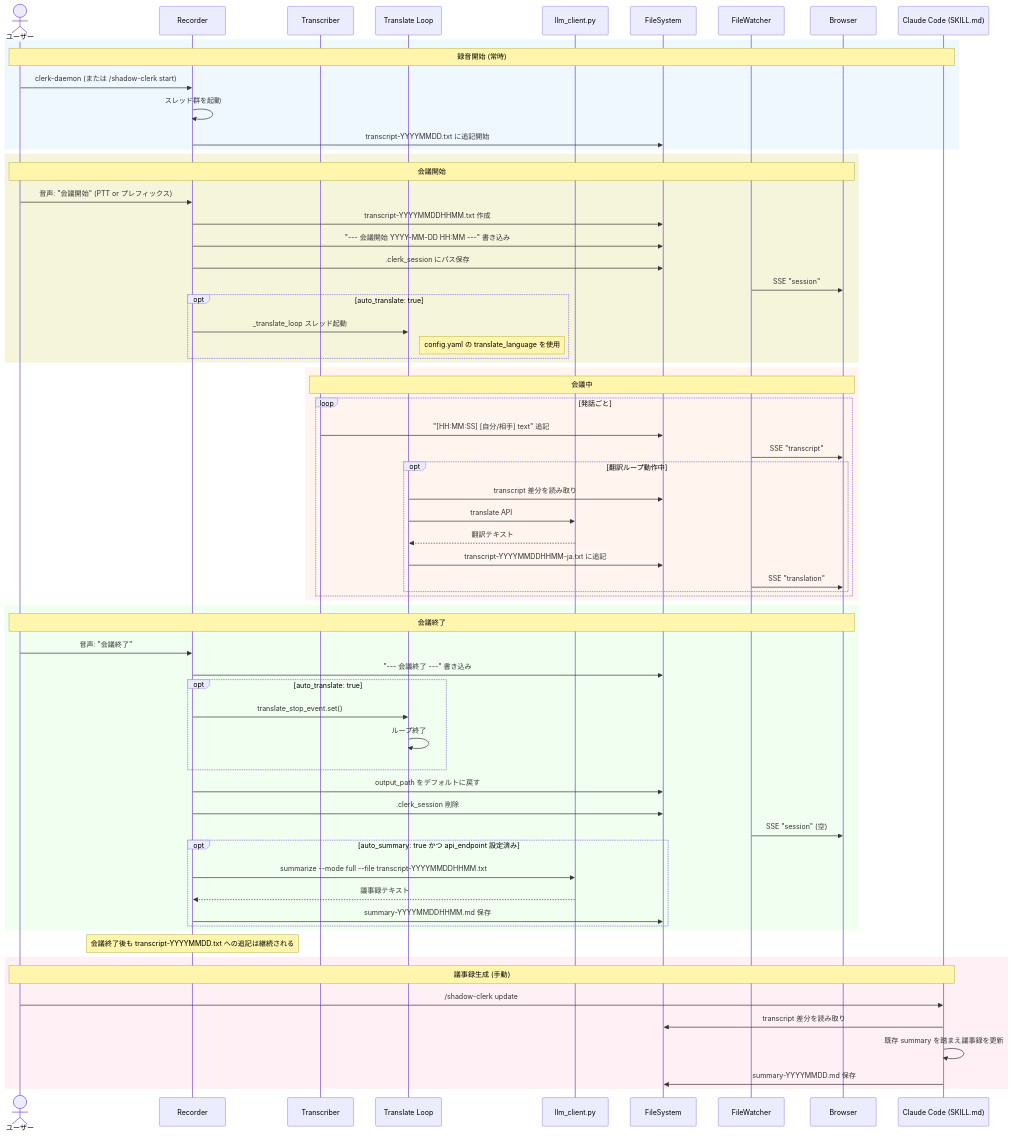
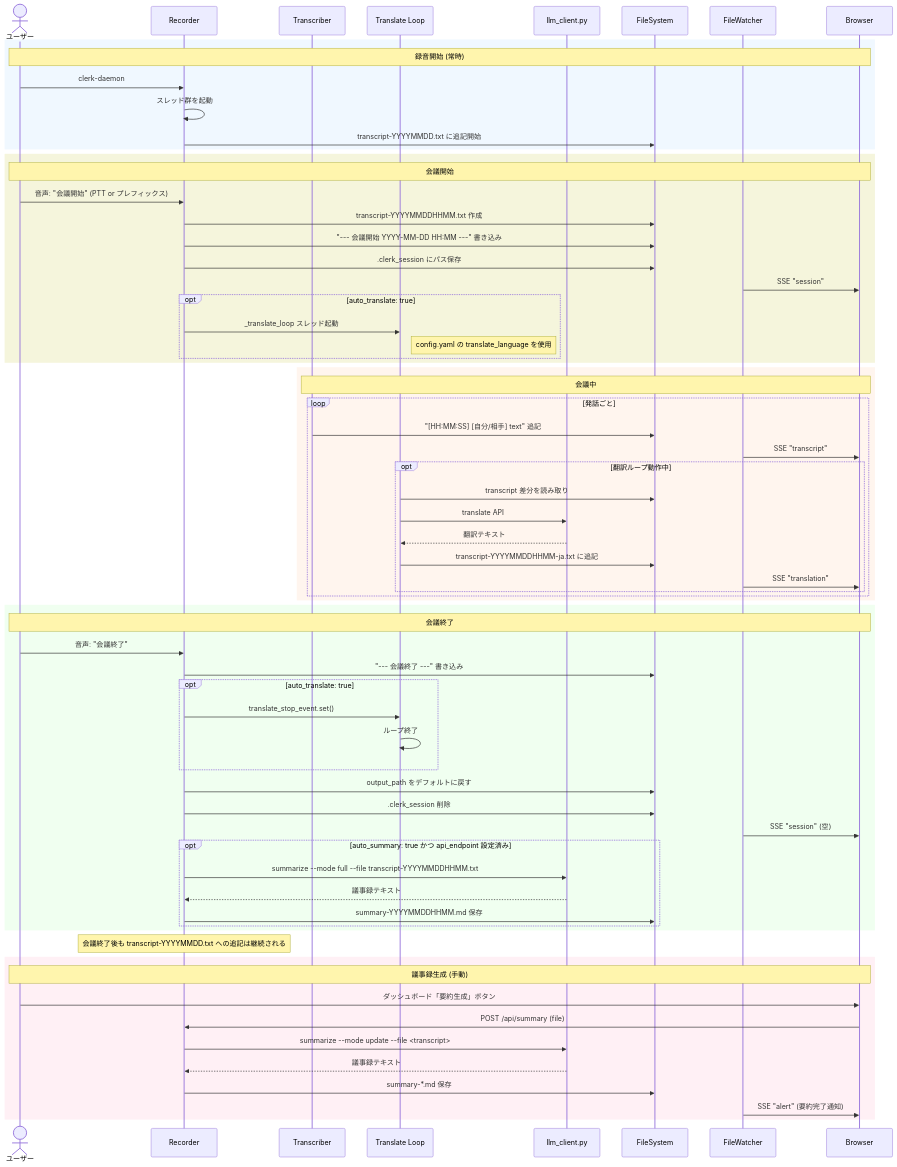
Before and after one commit to edocode/shadow-clerk: the sixth of 7 diagrams in SPEC.md, drawn with Mermaid. The commit also changed other lines of this file, not shown here.

First line of the commit message:
SPEC.md: drop SKILL.md module; describe llm_client provider matrix

````diff
--- a/SPEC.md
+++ b/SPEC.md
@@ -455,75 +436,76 @@
 ```mermaid
 sequenceDiagram
     actor User as ユーザー
     participant Rec as Recorder
     participant Trans as Transcriber
     participant TL as Translate Loop
     participant LLM as llm_client.py
     participant FS as FileSystem
     participant FW as FileWatcher
     participant B as Browser
-    participant Skill as Claude Code (SKILL.md)
 
     rect rgb(240, 248, 255)
-        Note over User, Skill: 録音開始 (常時)
-        User->>Rec: clerk-daemon (または /shadow-clerk start)
+        Note over User, B: 録音開始 (常時)
+        User->>Rec: clerk-daemon
         Rec->>Rec: スレッド群を起動
         Rec->>FS: transcript-YYYYMMDD.txt に追記開始
     end
 
     rect rgb(245, 245, 220)
         Note over User, B: 会議開始
         User->>Rec: 音声: "会議開始" (PTT or プレフィックス)
         Rec->>FS: transcript-YYYYMMDDHHMM.txt 作成
         Rec->>FS: "--- 会議開始 YYYY-MM-DD HH:MM ---" 書き込み
         Rec->>FS: .clerk_session にパス保存
         FW->>B: SSE "session"
         opt auto_translate: true
             Rec->>TL: _translate_loop スレッド起動
             Note right of TL: config.yaml の translate_language を使用
         end
     end
 
     rect rgb(255, 245, 238)
         Note over Trans, B: 会議中
         loop 発話ごと
             Trans->>FS: "[HH:MM:SS] [自分/相手] text" 追記
             FW->>B: SSE "transcript"
             opt 翻訳ループ動作中
                 TL->>FS: transcript 差分を読み取り
                 TL->>LLM: translate API
                 LLM-->>TL: 翻訳テキスト
                 TL->>FS: transcript-YYYYMMDDHHMM-ja.txt に追記
                 FW->>B: SSE "translation"
             end
         end
     end
 
     rect rgb(240, 255, 240)
         Note over User, B: 会議終了
         User->>Rec: 音声: "会議終了"
         Rec->>FS: "--- 会議終了 ---" 書き込み
         opt auto_translate: true
             Rec->>TL: translate_stop_event.set()
             TL->>TL: ループ終了
         end
         Rec->>FS: output_path をデフォルトに戻す
         Rec->>FS: .clerk_session 削除
         FW->>B: SSE "session" (空)
         opt auto_summary: true かつ api_endpoint 設定済み
             Rec->>LLM: summarize --mode full --file transcript-YYYYMMDDHHMM.txt
             LLM-->>Rec: 議事録テキスト
             Rec->>FS: summary-YYYYMMDDHHMM.md 保存
         end
     end
 
     Note over Rec: 会議終了後も transcript-YYYYMMDD.txt への追記は継続される
 
     rect rgb(255, 240, 245)
-        Note over User, Skill: 議事録生成 (手動)
-        User->>Skill: /shadow-clerk update
-        Skill->>FS: transcript 差分を読み取り
-        Skill->>Skill: 既存 summary を踏まえ議事録を更新
-        Skill->>FS: summary-YYYYMMDD.md 保存
+        Note over User, B: 議事録生成 (手動)
+        User->>B: ダッシュボード「要約生成」ボタン
+        B->>Rec: POST /api/summary (file)
+        Rec->>LLM: summarize --mode update --file <transcript>
+        LLM-->>Rec: 議事録テキスト
+        Rec->>FS: summary-*.md 保存
+        FW->>B: SSE "alert" (要約完了通知)
     end
 ```
````
